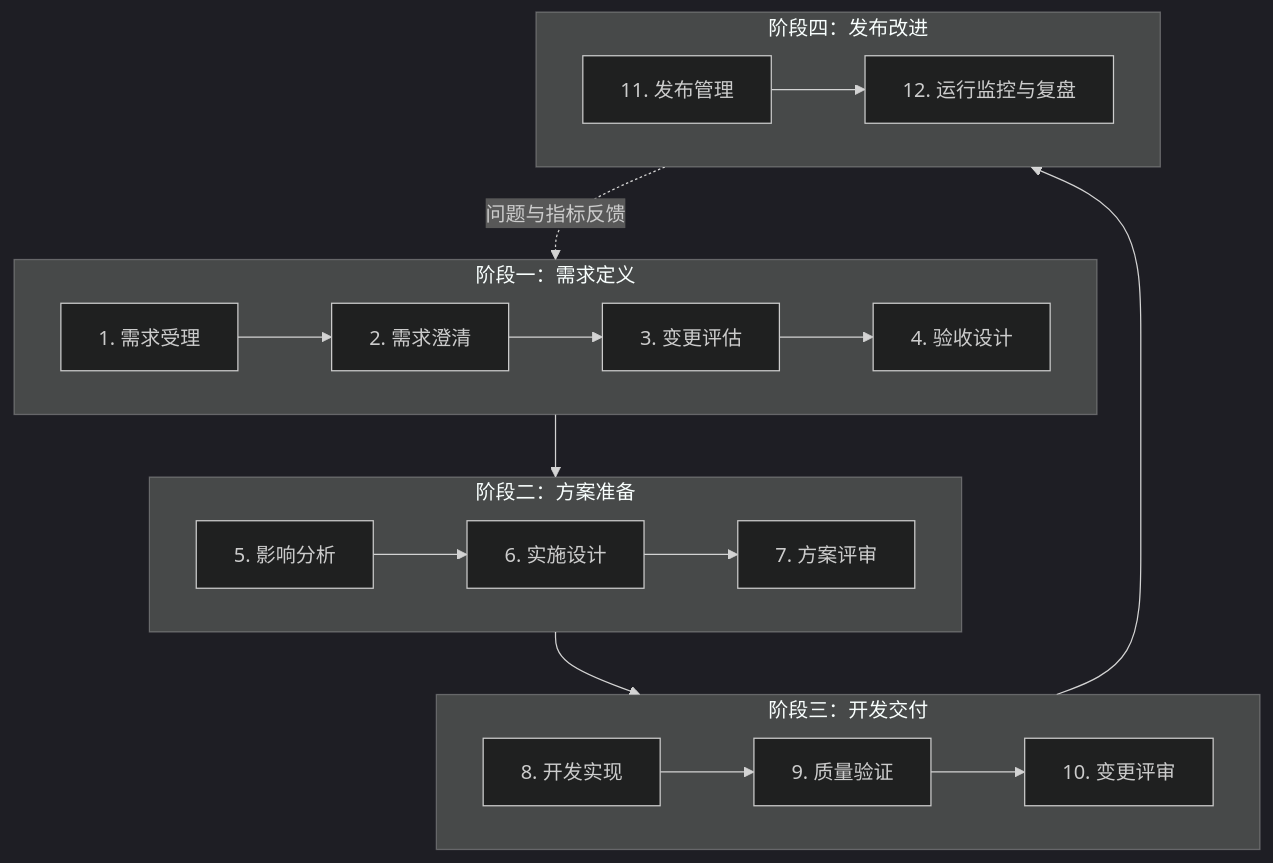
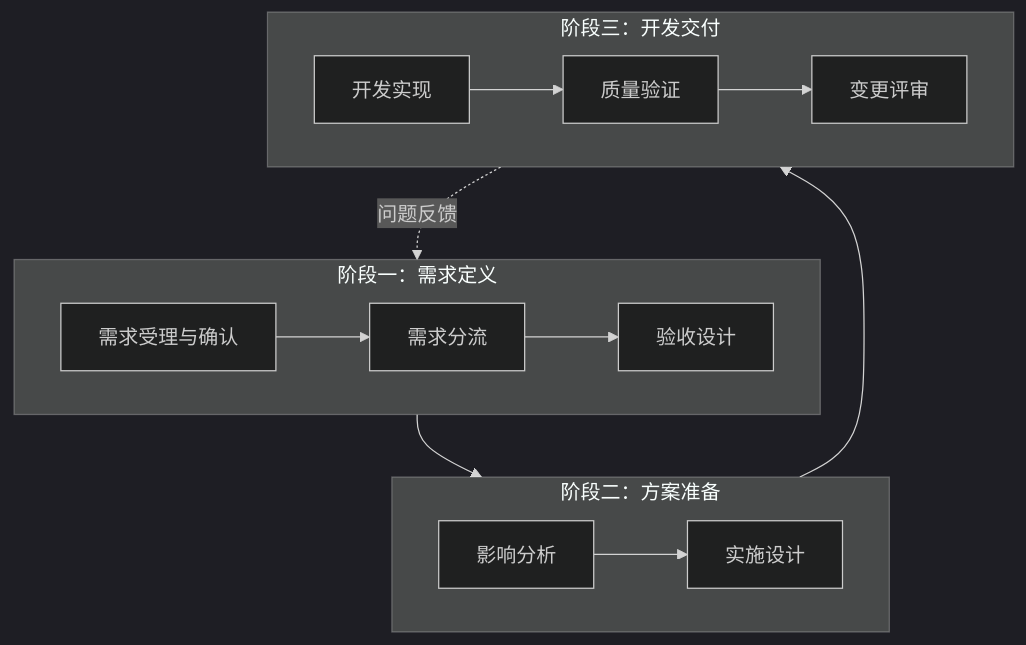
The diagram in AI自动化研发工作流实践指南.md (nalanchujian/ai-workflow), drawn with Mermaid (dark theme) before and after one commit. The commit also changed other lines of this file and 94 other files, not shown here.

````diff
--- a/AI自动化研发工作流实践指南.md
+++ b/AI自动化研发工作流实践指南.md
@@ -51,27 +66,21 @@
 ```mermaid
 flowchart TB
   subgraph S1["阶段一：需求定义"]
     direction LR
-    A["1. 需求受理"] --> B["2. 需求澄清"] --> C["3. 变更评估"] --> D["4. 验收设计"]
+    A["需求受理与确认"] --> C["需求分流"] --> D["验收设计"]
   end
 
   subgraph S2["阶段二：方案准备"]
     direction LR
-    E["5. 影响分析"] --> F["6. 实施设计"] --> G["7. 方案评审"]
+    E["影响分析"] --> F["实施设计"]
   end
 
   subgraph S3["阶段三：开发交付"]
     direction LR
-    H["8. 开发实现"] --> I["9. 质量验证"] --> J["10. 变更评审"]
-  end
-
-  subgraph S4["阶段四：发布改进"]
-    direction LR
-    K["11. 发布管理"] --> L["12. 运行监控与复盘"]
+    H["开发实现"] --> I["质量验证"] --> J["变更评审"]
   end
 
   D --> E
-  G --> H
-  J --> K
-  L -. "问题与指标反馈" .-> A
+  F --> H
+  J -. "问题反馈" .-> A
 ```
````
